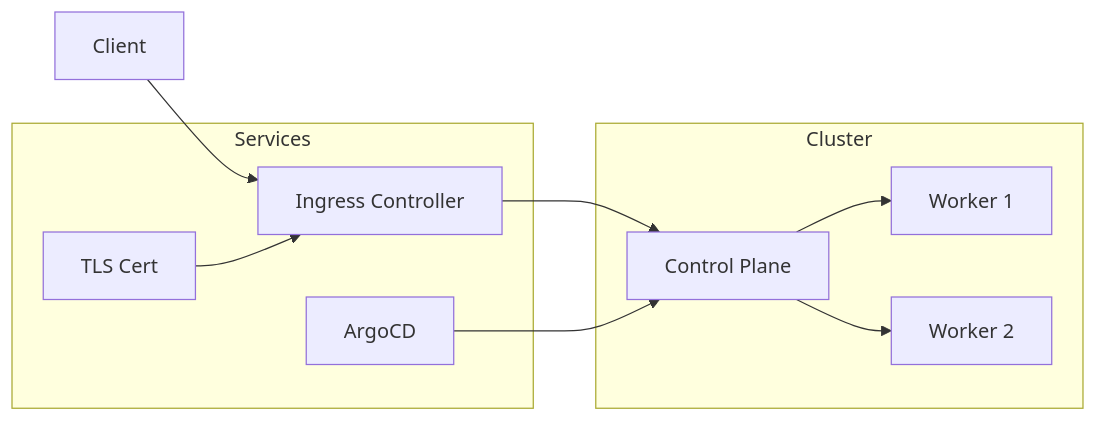
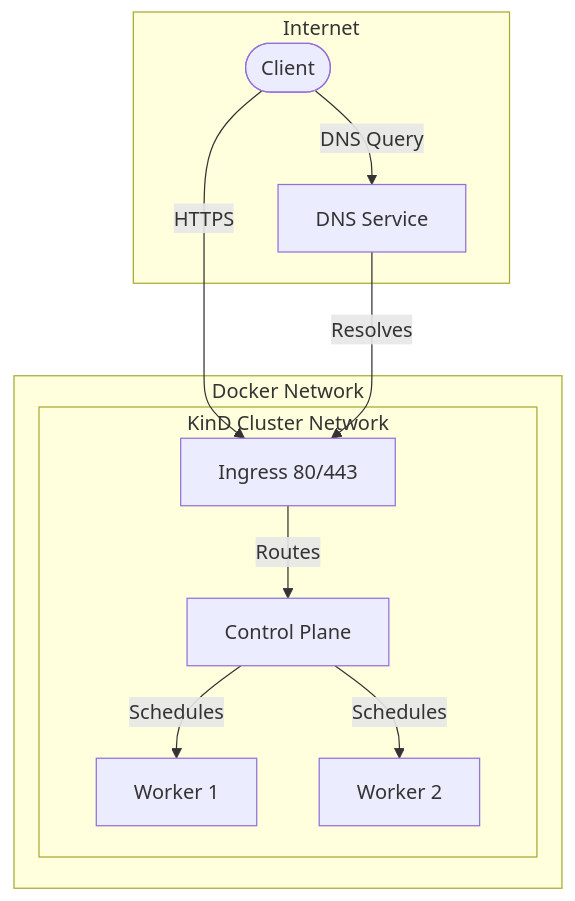
One commit to OpScaleHub/kind changed the fourth of 4 diagrams in README.md. Above: the diagram before and after it, drawn with Mermaid. The commit also changed other lines of this file, not shown here.

First line of the commit message:
✨ chore: update README with architecture and process diagrams

````diff
--- a/README.md
+++ b/README.md
@@ -92,19 +84,23 @@
 ```mermaid
-flowchart LR
-    subgraph Cluster
-        CP[Control Plane]
-        W1[Worker 1]
-        W2[Worker 2]
+flowchart TB
+    subgraph Internet
+        Client([Client])
+        DNS[DNS Service]
     end
-    subgraph Services
-        IC[Ingress Controller]
-        ARGO[ArgoCD]
-        CERT[TLS Cert]
+
+    subgraph Docker["Docker Network"]
+        subgraph Kind["KinD Cluster Network"]
+            ING[Ingress 80/443]
+            CP[Control Plane]
+            W1[Worker 1]
+            W2[Worker 2]
+        end
     end
-    Client-->IC
-    IC-->CP
-    CP-->W1
-    CP-->W2
-    ARGO-->CP
-    CERT-->IC
+
+    Client --> |HTTPS| ING
+    Client --> |DNS Query| DNS
+    DNS --> |Resolves| ING
+    ING --> |Routes| CP
+    CP --> |Schedules| W1
+    CP --> |Schedules| W2
 ```
````
